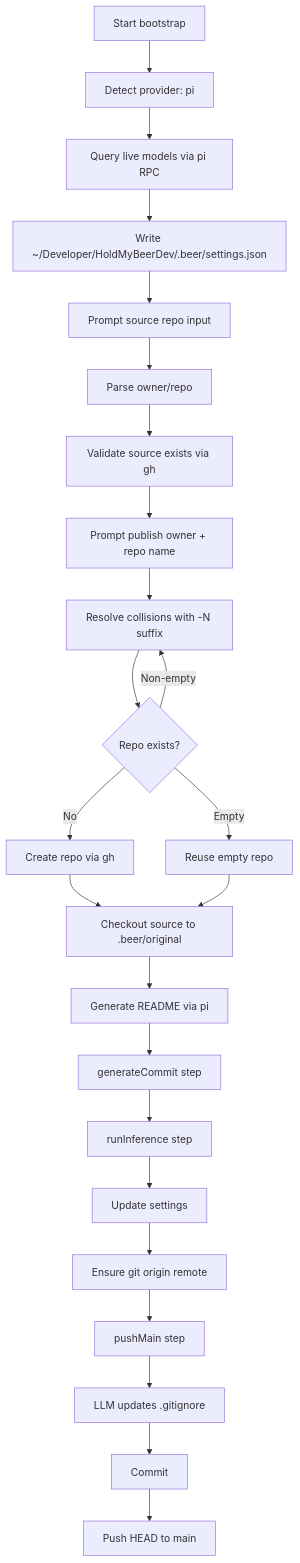
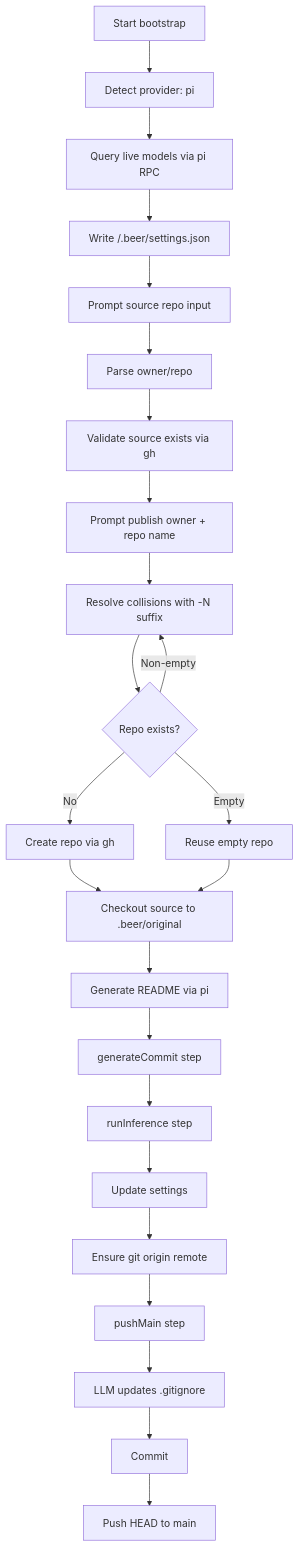
Before and after one commit to ex3ndr/holdmybeer: the diagram in doc/bootstrap-flow.md, drawn with Mermaid. The commit also changed 8 other files, not shown here.

Commit message:
refactor(settings): use project-local .beer settings path

````diff
--- a/doc/bootstrap-flow.md
+++ b/doc/bootstrap-flow.md
@@ -7,26 +7,26 @@
 ```mermaid
 flowchart TD
   A[Start bootstrap] --> B[Detect provider: pi]
   B --> C[Query live models via pi RPC]
-  C --> D[Write ~/Developer/HoldMyBeerDev/.beer/settings.json]
+  C --> D[Write <projectPath>/.beer/settings.json]
   D --> E[Prompt source repo input]
   E --> F[Parse owner/repo]
   F --> G[Validate source exists via gh]
   G --> H[Prompt publish owner + repo name]
   H --> I[Resolve collisions with -N suffix]
   I --> J{Repo exists?}
   J -->|No| K[Create repo via gh]
   J -->|Empty| L[Reuse empty repo]
   J -->|Non-empty| I
   K --> M[Checkout source to .beer/original]
   L --> M
   M --> N[Generate README via pi]
   N --> O[generateCommit step]
   O --> P[runInference step]
   P --> Q[Update settings]
   Q --> R[Ensure git origin remote]
   R --> S[pushMain step]
   S --> T[LLM updates .gitignore]
   T --> U[Commit]
   U --> V[Push HEAD to main]
 ```
````
